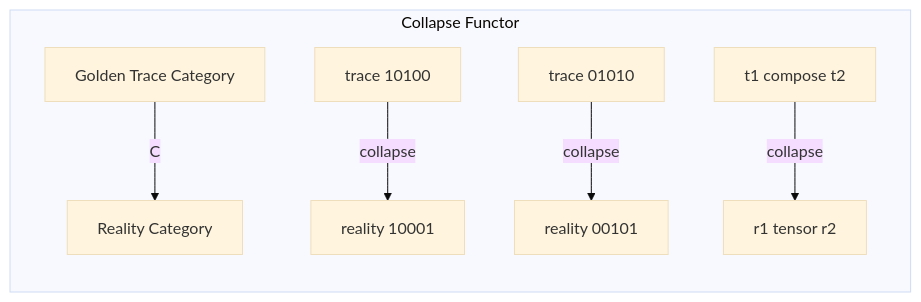
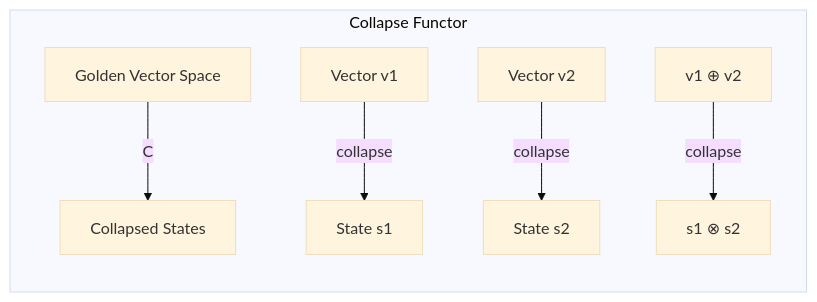
One commit to loning/the-phys changed the first of 3 diagrams in docs/psi-structum/book-1-collapse-ontology/volume-01/chapter-003-collapse-is-existence.md. Above: the diagram before and after it, drawn with Mermaid (base theme). The commit also changed other lines of this file and 5 other files, not shown here.

````diff
--- a/docs/psi-structum/book-1-collapse-ontology/volume-01/chapter-003-collapse-is-existence.md
+++ b/docs/psi-structum/book-1-collapse-ontology/volume-01/chapter-003-collapse-is-existence.md
@@ -43,9 +60,9 @@
 ```mermaid
 graph LR
     subgraph Collapse Functor
-        T[Golden Trace Category] -->|C| R[Reality Category]
-        t1[trace 10100] -->|collapse| r1[reality 10001]
-        t2[trace 01010] -->|collapse| r2[reality 00101]
-        comp[t1 compose t2] -->|collapse| tensor[r1 tensor r2]
+        T[Golden Vector Space] -->|C| R[Collapsed States]
+        V1[Vector v1] -->|collapse| S1[State s1]
+        V2[Vector v2] -->|collapse| S2[State s2]
+        COMP[v1 ⊕ v2] -->|collapse| TENSOR[s1 ⊗ s2]
     end
 ```
````
